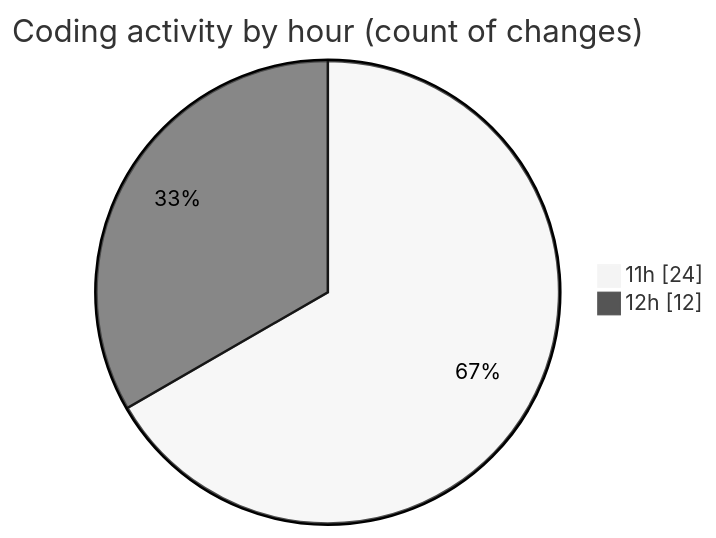
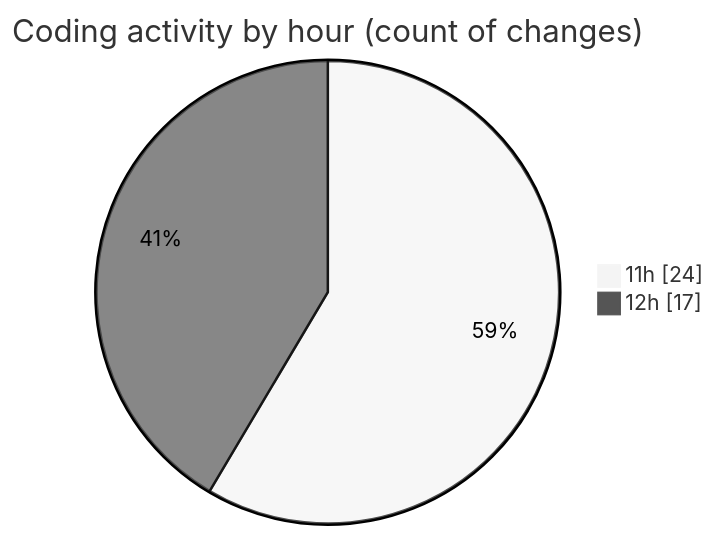
One commit to nxtqubesakshisongat/code-tracking changed the second of 2 diagrams in 2025-09-18/nxtqube_webapp/README.md. Above: the diagram before and after it, drawn with Mermaid (neutral theme). The commit also changed other lines of this file and 1 other file, not shown here.

````diff
--- a/2025-09-18/nxtqube_webapp/README.md
+++ b/2025-09-18/nxtqube_webapp/README.md
@@ -35,6 +35,6 @@
 ```mermaid
 pie showData
 title Coding activity by hour (count of changes)
 "11h" : 24
-"12h" : 12
+"12h" : 17
 ```
````
